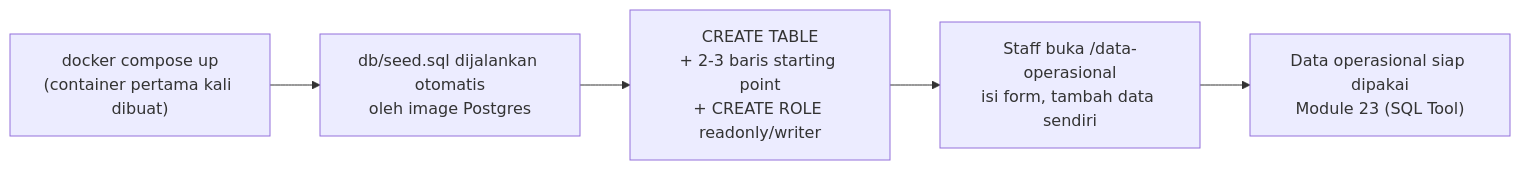
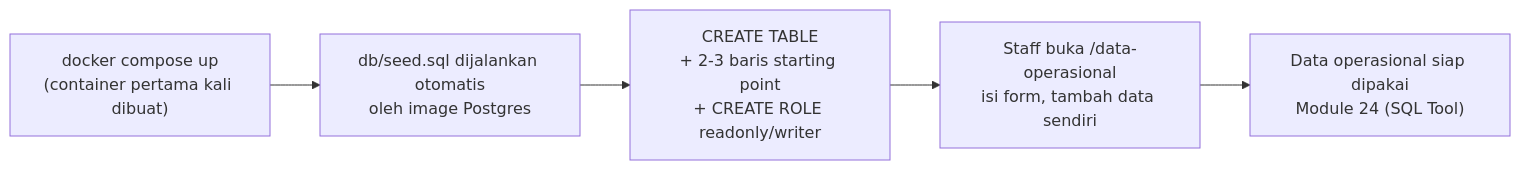
The second of 2 diagrams in Module-22-Setup-Data-Operasional-PostgreSQL/materi.md (githubna-ilham/nala_ai), drawn with Mermaid before and after one commit. The commit also changed other lines of this file and 1 other file, not shown here.

Commit message:
Module 21-22 (dulu 20-21): perbaiki H1 title dan semua cross-reference nomor modul setelah pemisahan Module 12/13

````diff
--- a/Module-22-Setup-Data-Operasional-PostgreSQL/materi.md
+++ b/Module-22-Setup-Data-Operasional-PostgreSQL/materi.md
@@ -36,7 +36,7 @@
 ```mermaid
 flowchart LR
     A["docker compose up<br/>(container pertama kali dibuat)"] --> B["db/seed.sql dijalankan otomatis<br/>oleh image Postgres"]
     B --> C["CREATE TABLE<br/>+ 2-3 baris starting point<br/>+ CREATE ROLE readonly/writer"]
     C --> D["Staff buka /data-operasional<br/>isi form, tambah data sendiri"]
-    D --> E["Data operasional siap dipakai<br/>Module 23 (SQL Tool)"]
+    D --> E["Data operasional siap dipakai<br/>Module 24 (SQL Tool)"]
 ```
````
